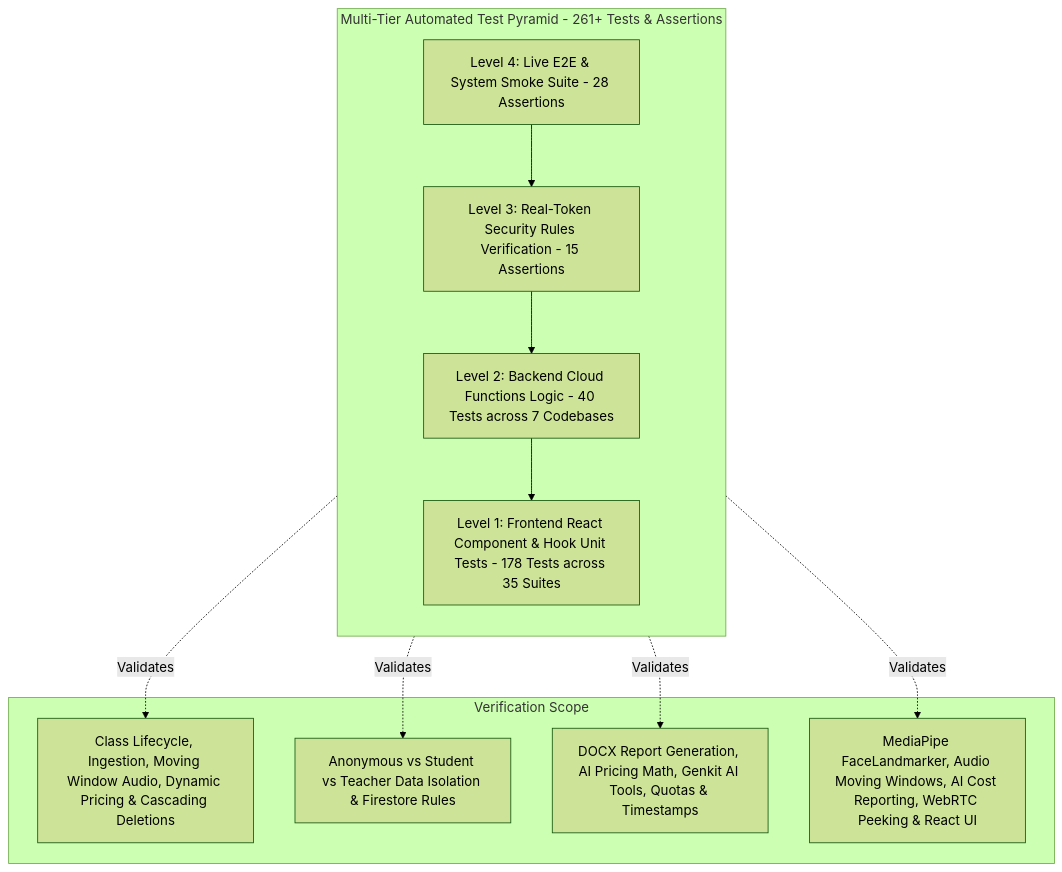
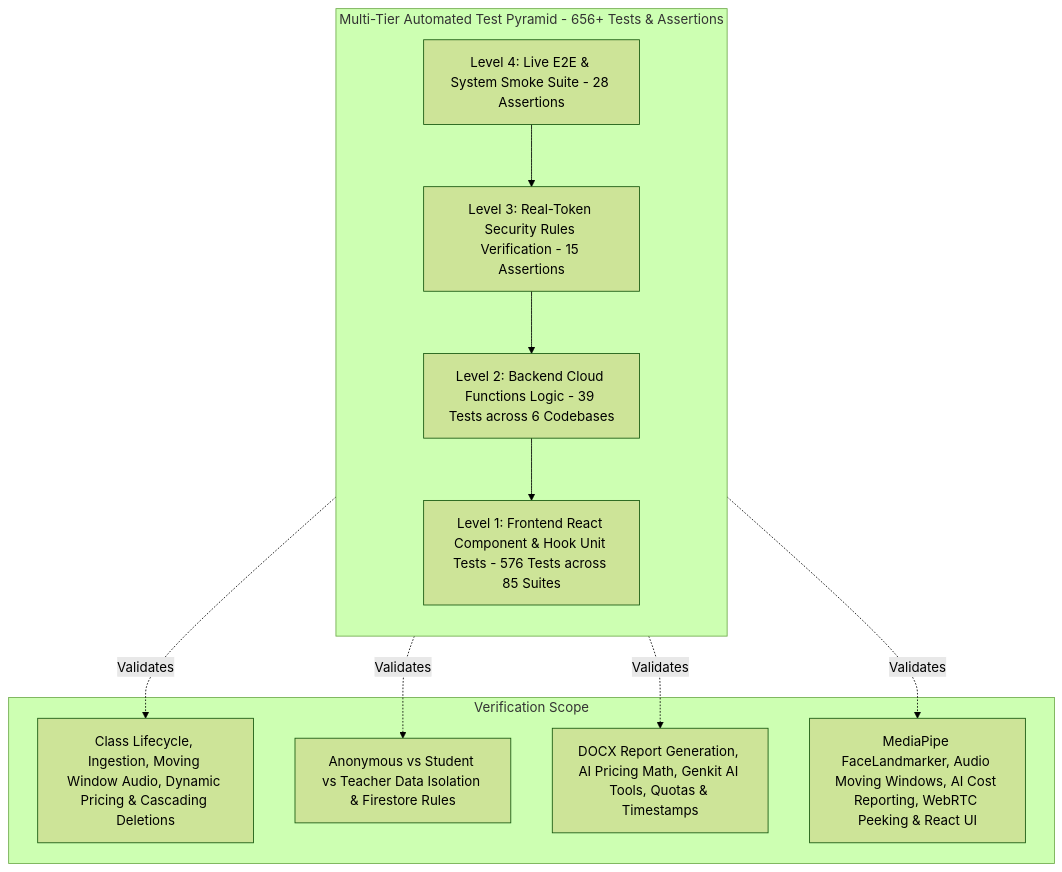
The diagram in docs/testing-strategy-and-coverage.md (wongcyrus/Gemini-AI-Classroom-Assistant), drawn with Mermaid (forest theme) before and after one commit. The commit also changed other lines of this file and 57 other files, not shown here.

````diff
--- a/docs/testing-strategy-and-coverage.md
+++ b/docs/testing-strategy-and-coverage.md
@@ -11,19 +11,19 @@
 ```mermaid
 flowchart TD
-    subgraph Pyramid [Multi-Tier Automated Test Pyramid - 261+ Tests & Assertions]
+    subgraph Pyramid [Multi-Tier Automated Test Pyramid - 656+ Tests & Assertions]
         direction TB
         L4[Level 4: Live E2E & System Smoke Suite - 28 Assertions]
         L3[Level 3: Real-Token Security Rules Verification - 15 Assertions]
-        L2[Level 2: Backend Cloud Functions Logic - 40 Tests across 7 Codebases]
-        L1[Level 1: Frontend React Component & Hook Unit Tests - 178 Tests across 35 Suites]
+        L2[Level 2: Backend Cloud Functions Logic - 39 Tests across 6 Codebases]
+        L1[Level 1: Frontend React Component & Hook Unit Tests - 576 Tests across 85 Suites]
         
         L4 --> L3 --> L2 --> L1
     end
 
     subgraph Details [Verification Scope]
         L4 -.->|Validates| D4[Class Lifecycle, Ingestion, Moving Window Audio, Dynamic Pricing & Cascading Deletions]
         L3 -.->|Validates| D3[Anonymous vs Student vs Teacher Data Isolation & Firestore Rules]
         L2 -.->|Validates| D2[DOCX Report Generation, AI Pricing Math, Genkit AI Tools, Quotas & Timestamps]
         L1 -.->|Validates| D1[MediaPipe FaceLandmarker, Audio Moving Windows, AI Cost Reporting, WebRTC Peeking & React UI]
     end
 ```
````
